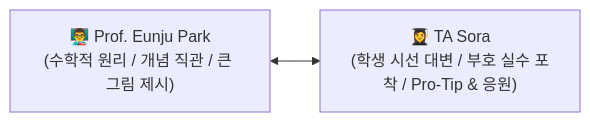
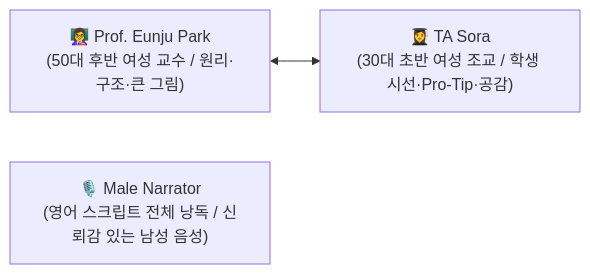
The third of 5 diagrams in Montana_State_Univ/design_montana.md (marylatte11-svg/montana-lecture-app), drawn with Mermaid before and after one commit. The commit also changed other lines of this file and 1 other file, not shown here.

Commit message:
feat: configure male narrator for full script, 50s female voice for Prof. Park, and 30s female voice for TA Sora

````diff
--- a/Montana_State_Univ/design_montana.md
+++ b/Montana_State_Univ/design_montana.md
@@ -64,4 +64,5 @@
 ```mermaid
 graph LR
-    P["👨‍🏫 Prof. Eunju Park<br/>(수학적 원리 / 개념 직관 / 큰 그림 제시)"] <--> S["👩‍🎓 TA Sora<br/>(학생 시선 대변 / 부호 실수 포착 / Pro-Tip & 응원)"]
+    P["👩‍🏫 Prof. Eunju Park<br/>(50대 후반 여성 교수 / 원리·구조·큰 그림)"] <--> S["👩‍🎓 TA Sora<br/>(30대 초반 여성 조교 / 학생 시선·Pro-Tip·공감)"]
+    N["🎙️ Male Narrator<br/>(영어 스크립트 전체 낭독 / 신뢰감 있는 남성 음성)"]
 ```
````
